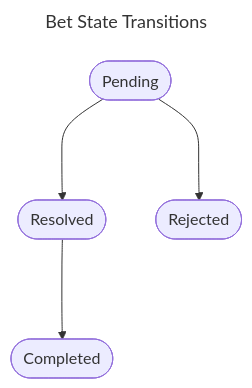
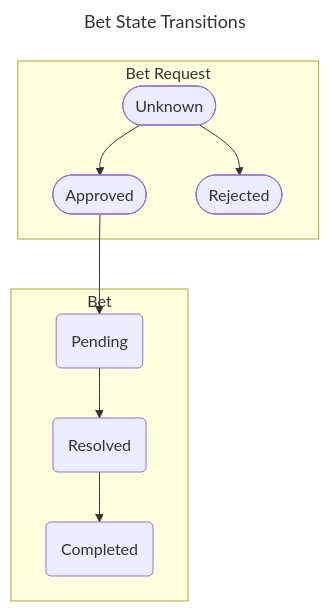
The second of 2 diagrams in documents/01_requirements/use_cases/bet_context.md (radek2s/BetKeeper), drawn with Mermaid before and after one commit. The commit also changed other lines of this file and 1 other file, not shown here.

First line of the commit message:
💥 Update requirements with BetRequest

````diff
--- a/documents/01_requirements/use_cases/bet_context.md
+++ b/documents/01_requirements/use_cases/bet_context.md
@@ -22,11 +39,19 @@
 ```mermaid
 ---
 title: Bet State Transitions
 ---
 flowchart TB
-    PENDING(["Pending"]) ---> RESOLVED(["Resolved"]) 
-    PENDING ---> REJECTED(["Rejected"])
-    RESOLVED ---> COMPLETED(["Completed"])
+    subgraph Bet Request
+    UNKNOWN(["Unknown"]) --> APPROVED(["Approved"]) 
+    UNKNOWN --> REJECTED(["Rejected"]) 
+    end
+
+    APPROVED --> PENDING
+
+    subgraph Bet
+    PENDING("Pending") --> RESOLVED("Resolved")
+    RESOLVED --> COMPLETED("Completed")
+    end
     
 
 ```
````
